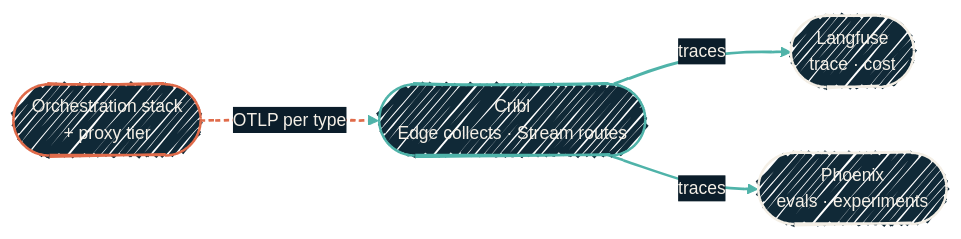
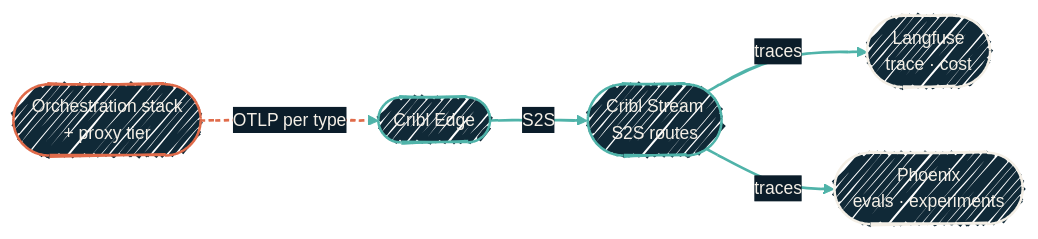
Before and after one commit to dryvist/docs: the diagram in observability/llm-observability.mdx, drawn with Mermaid. The commit also changed other lines of this file and 100 other files, not shown here.

````diff
--- a/observability/llm-observability.mdx
+++ b/observability/llm-observability.mdx
@@ -41,26 +54,28 @@
 ```mermaid
 %%{init:
   {'theme':'base','look':'handDrawn','themeVariables':{'fontFamily':'Geist','fontSize':'14px','primaryColor':'#102937','primaryTextColor':'#F4EFE6','primaryBorderColor':'#4FB3A9','lineColor':'#4FB3A9','secondaryColor':'#0B1D2A','tertiaryColor':'#1A2A38','clusterBkg':'rgba(79,179,169,0.08)','clusterBorder':'#4FB3A9'}}}%%
   flowchart LR
   Apps([Orchestration stack<br/>+ proxy tier])
-  Cribl([Cribl<br/>Edge collects · Stream routes])
+  Cribl([Cribl Edge])
+  Stream([Cribl Stream<br/>S2S routes])
   LF([Langfuse<br/>trace · cost])
   PX([Phoenix<br/>evals · experiments])
 
   Apps -->|OTLP per type| Cribl
-  Cribl -->|traces| LF
-  Cribl -->|traces| PX
+  Cribl -->|S2S| Stream
+  Stream -->|traces| LF
+  Stream -->|traces| PX
 
   classDef ai   fill:#102937,stroke:#E06B4A,stroke-width:2px,color:#F4EFE6;
   classDef hop  fill:#102937,stroke:#4FB3A9,stroke-width:2px,color:#F4EFE6;
   classDef sink fill:#102937,stroke:#F4EFE6,stroke-width:2px,color:#F4EFE6;
 
   class Apps ai
-  class Cribl hop
+  class Cribl,Stream hop
   class LF,PX sink
 
   click PX "/observability/phoenix" "Arize Phoenix: evals and experiments"
 
   linkStyle 0 stroke:#E06B4A,stroke-width:2px,stroke-dasharray:4 3;
-  linkStyle 1,2 stroke:#4FB3A9,stroke-width:2px;
+  linkStyle 1,2,3 stroke:#4FB3A9,stroke-width:2px;
 ```
````
